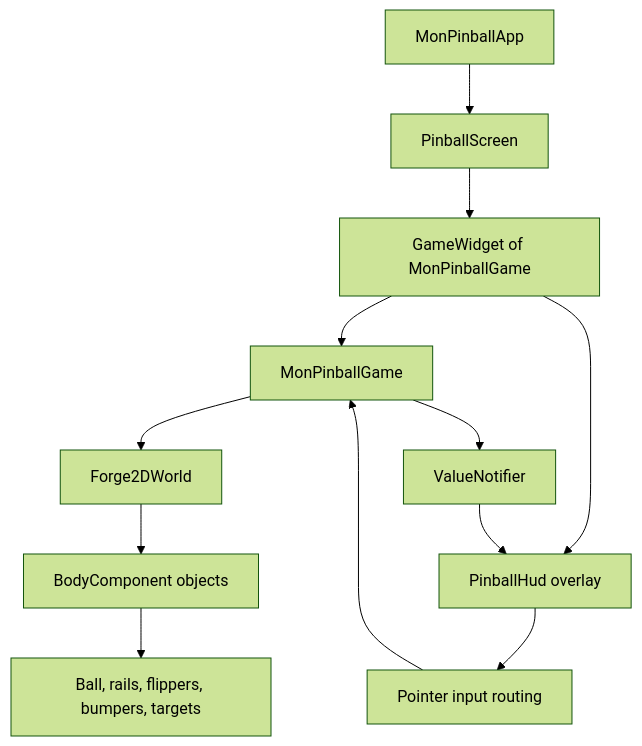
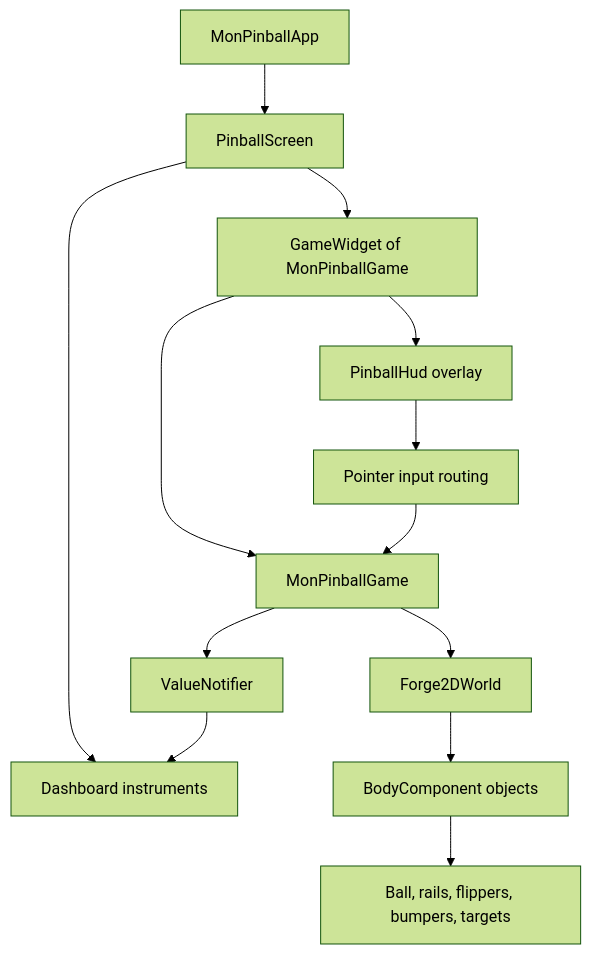
The first of 7 diagrams in README.md (cassiadev/mon_pinball), drawn with Mermaid (forest theme) before and after one commit. The commit also changed other lines of this file and 1 other file, not shown here.

````diff
--- a/README.md
+++ b/README.md
@@ -85,14 +151,15 @@
 ```mermaid
 graph TD
   A[MonPinballApp] --> B[PinballScreen]
   B --> C["GameWidget of MonPinballGame"]
+  B --> K[Dashboard instruments]
   C --> D[MonPinballGame]
   C --> E[PinballHud overlay]
   E --> F[Pointer input routing]
   F --> D
   D --> G[Forge2DWorld]
   G --> H[BodyComponent objects]
   H --> I[Ball, rails, flippers, bumpers, targets]
   D --> J[ValueNotifier<PinballSnapshot>]
-  J --> E
+  J --> K
 ```
````
